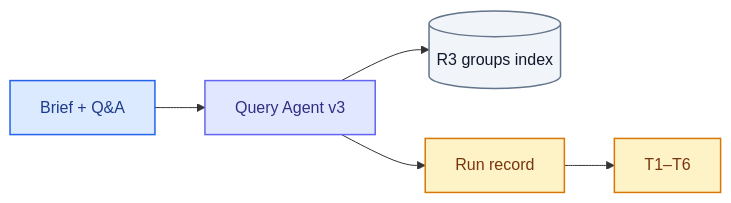
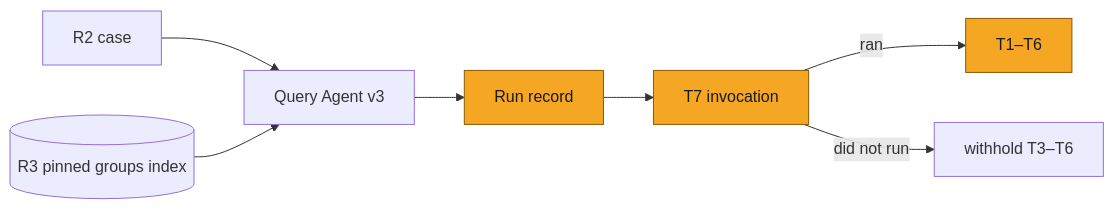
The first of 6 diagrams in plans/SOL-3155-claim-retrieval-evals.md (Solstice-Health/engineering-specs), drawn with Mermaid before and after one commit. The commit also changed other lines of this file and 1 other file, not shown here.

````diff
--- a/plans/SOL-3155-claim-retrieval-evals.md
+++ b/plans/SOL-3155-claim-retrieval-evals.md
@@ -119,16 +89,10 @@
 ```mermaid
 flowchart LR
-    Brief["Brief + Q&A"] --> V3["Query Agent v3"]
-    V3 --> Idx[("R3 groups index")]
-    V3 --> Rec["Run record"]
-    Rec --> Pack["T1–T6"]
-    classDef userNode fill:#dbeafe,stroke:#2563eb,stroke-width:1.5px,color:#1e3a8a
-    classDef parseNode fill:#e0e7ff,stroke:#6366f1,stroke-width:1.5px,color:#312e81
-    classDef effectNode fill:#fef3c7,stroke:#d97706,stroke-width:1.5px,color:#78350f
-    classDef extNode fill:#f1f5f9,stroke:#64748b,stroke-width:1.5px,color:#0f172a
-    class Brief userNode
-    class V3 parseNode
-    class Rec effectNode
-    class Pack effectNode
-    class Idx extNode
+    classDef delta fill:#F5A623,stroke:#8A5A00,color:#1A1A1A
+    Case["R2 case"] --> V3["Query Agent v3"]
+    R3[("R3 pinned groups index")] --> V3
+    V3 --> Rec["Run record"]:::delta
+    Rec --> T7["T7 invocation"]:::delta
+    T7 -->|"ran"| Rest["T1–T6"]:::delta
+    T7 -->|"did not run"| Stop["withhold T3–T6"]
 ```
````
